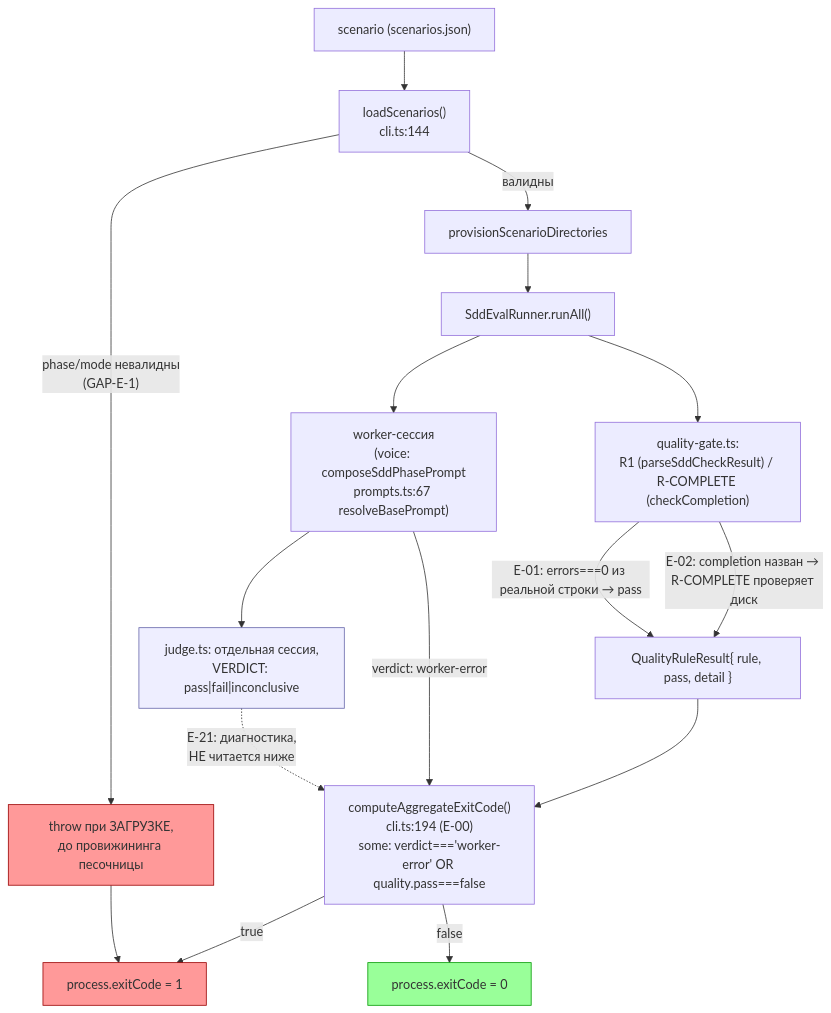
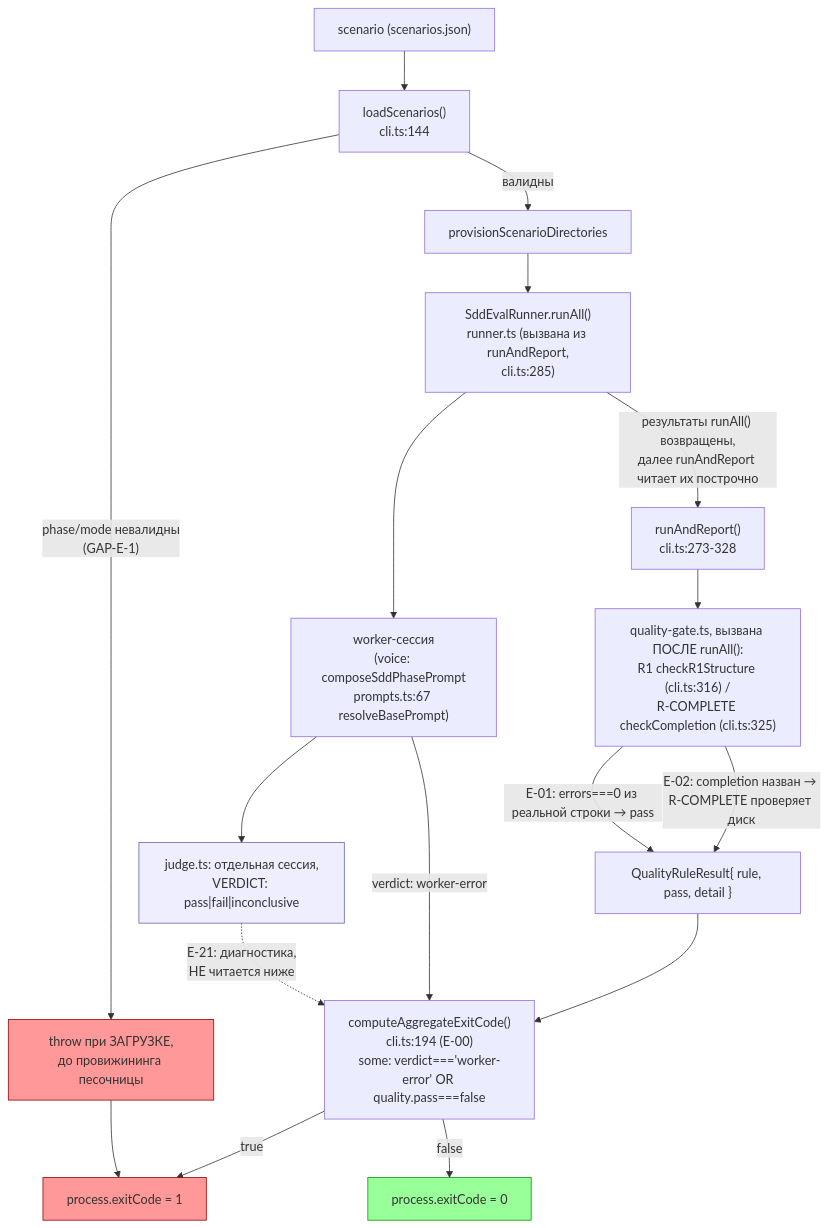
The diagram in ai/drafts/research/sdd-v1-to-v2-transfer/_raw/reports/R-BATCH-06-eval-honest-outcome.md (RubaXa/gennady), drawn with Mermaid before and after one commit. The commit also changed other lines of this file and 3 other files, not shown here.

````diff
--- a/ai/drafts/research/sdd-v1-to-v2-transfer/_raw/reports/R-BATCH-06-eval-honest-outcome.md
+++ b/ai/drafts/research/sdd-v1-to-v2-transfer/_raw/reports/R-BATCH-06-eval-honest-outcome.md
@@ -89,22 +89,23 @@
 ```mermaid
 flowchart TD
   SC["scenario (scenarios.json)"] --> LS["loadScenarios()\ncli.ts:144"]
   LS -->|"phase/mode невалидны\n(GAP-E-1)"| ERRLOAD["throw при ЗАГРУЗКЕ,\nдо провижининга песочницы"]
   LS -->|"валидны"| PROV["provisionScenarioDirectories"]
-  PROV --> RUN["SddEvalRunner.runAll()"]
+  PROV --> RUN["SddEvalRunner.runAll()\nrunner.ts (вызвана из runAndReport,\ncli.ts:285)"]
   RUN --> WORKER["worker-сессия\n(voice: composeSddPhasePrompt\nprompts.ts:67 resolveBasePrompt)"]
-  RUN --> QGATE["quality-gate.ts:\nR1 (parseSddCheckResult) / R-COMPLETE (checkCompletion)"]
+  RUN -->|"результаты runAll() возвращены,\nдалее runAndReport читает их построчно"| RAR["runAndReport()\ncli.ts:273-328"]
+  RAR --> QGATE["quality-gate.ts, вызвана ПОСЛЕ runAll():\nR1 checkR1Structure (cli.ts:316) /\nR-COMPLETE checkCompletion (cli.ts:325)"]
   QGATE -->|"E-01: errors===0 из реальной строки → pass"| QRESULT["QualityRuleResult{ rule, pass, detail }"]
   QGATE -->|"E-02: completion назван → R-COMPLETE проверяет диск"| QRESULT
   WORKER --> JUDGE["judge.ts: отдельная сессия,\nVERDICT: pass|fail|inconclusive"]
   JUDGE -.->|"E-21: диагностика,\nНЕ читается ниже"| CAEC
   QRESULT --> CAEC["computeAggregateExitCode()\ncli.ts:194 (E-00)\nsome: verdict==='worker-error' OR quality.pass===false"]
   WORKER -->|"verdict: worker-error"| CAEC
   CAEC -->|"true"| EXIT1["process.exitCode = 1"]
   CAEC -->|"false"| EXIT0["process.exitCode = 0"]
   ERRLOAD --> EXIT1
   style ERRLOAD fill:#f99,stroke:#900
   style EXIT1 fill:#f99,stroke:#900
   style EXIT0 fill:#9f9,stroke:#090
   style JUDGE fill:#eef,stroke:#66a
 ```
````
